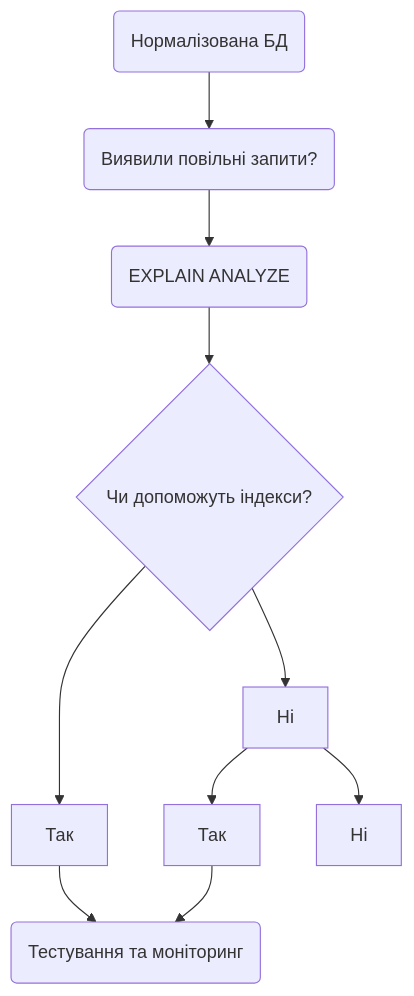
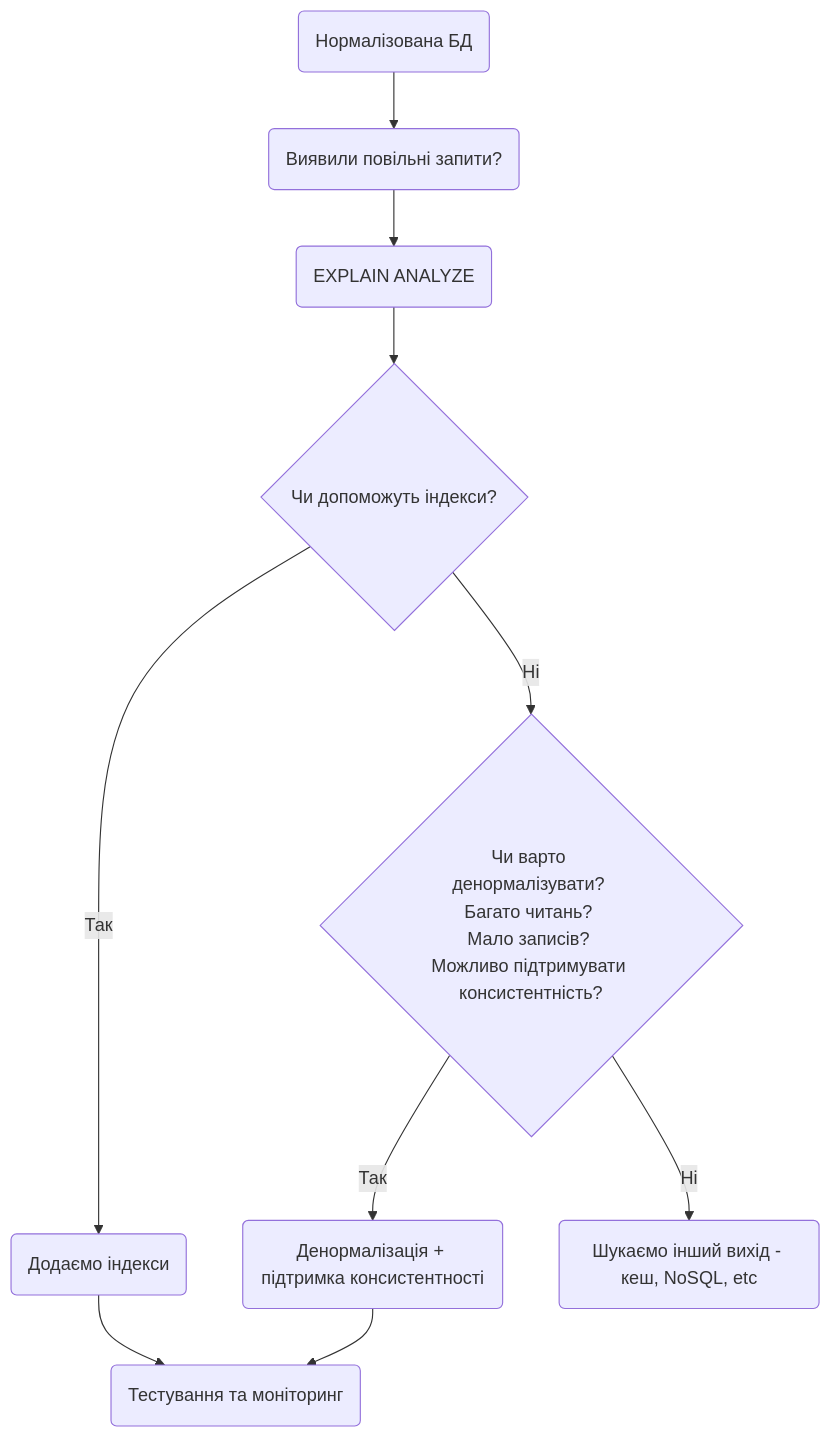
One commit to ZheniaTrochun/db-intro-course changed the diagram in lectures/13 - Denormalisation/lecture_notes.md. Above: the diagram before and after it, drawn with Mermaid.

Commit message:
chart fix

````diff
--- a/lectures/13 - Denormalisation/lecture_notes.md
+++ b/lectures/13 - Denormalisation/lecture_notes.md
@@ -557,20 +557,20 @@
 ```mermaid
 flowchart TD
     A(Нормалізована БД)
     B(Виявили повільні запити?)
     C(EXPLAIN ANALYZE)
     D{Чи допоможуть індекси?}
     E{Чи варто денормалізувати? \nБагато читань? \nМало записів? \nМожливо підтримувати консистентність?}
     F(Додаємо індекси)
     G(Денормалізація + підтримка консистентності)
     H(Тестування та моніторинг)
-    I(Шукаємо інший вихід - NoSQL, etc)
+    I(Шукаємо інший вихід - кеш, NoSQL, etc)
     
     A --> B --> C --> D
-    D --> F[Так]
+    D --> |Так| F
     F --> H
-    D --> E[Ні]
-    E --> G[Так]
+    D --> |Ні| E
+    E --> |Так| G
     G --> H
-    E --> I[Ні]
+    E --> |Ні| I
 ```
````
